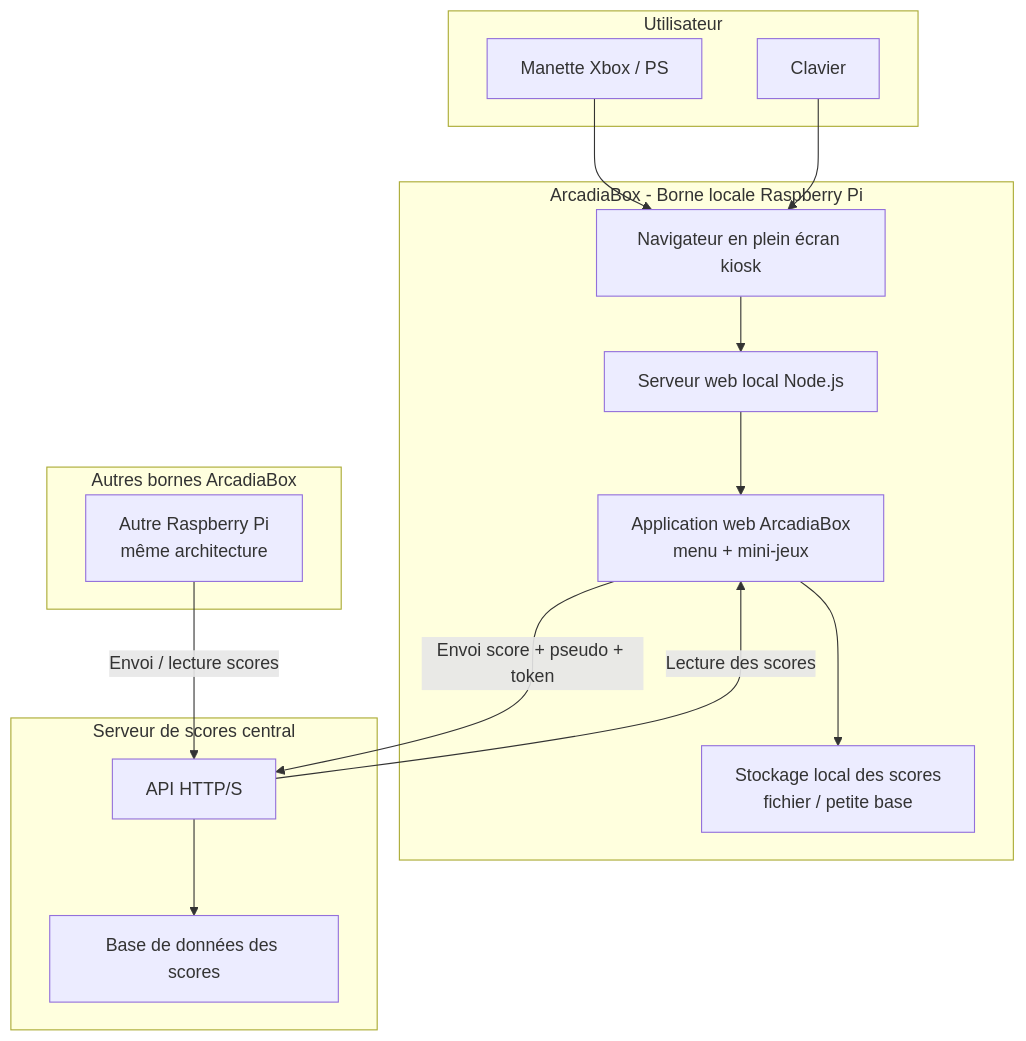
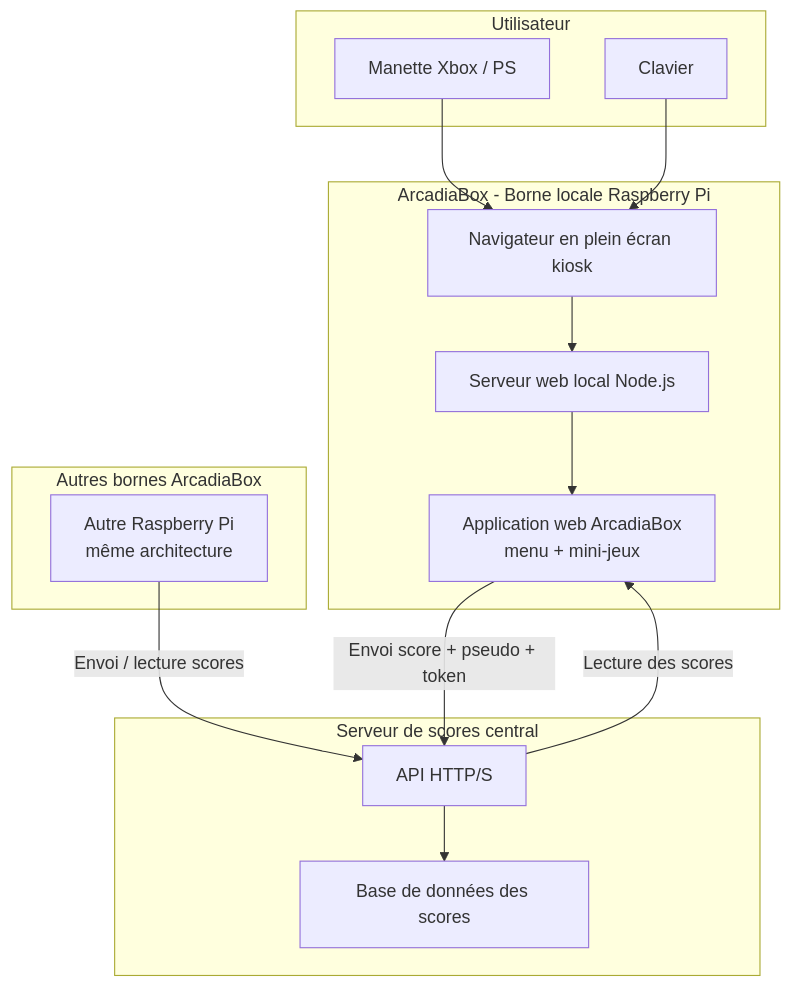
One commit to Z4drus/306-project-groupe-2 changed the first of 2 diagrams in documentation/3_documentation_Projet/Documentation_Projet.md. Above: the diagram before and after it, drawn with Mermaid.

Commit message:
correction du schéma

````diff
--- a/documentation/3_documentation_Projet/Documentation_Projet.md
+++ b/documentation/3_documentation_Projet/Documentation_Projet.md
@@ -270,46 +270,44 @@
 ```mermaid
 graph TD
 
 %% ==== UTILISATEUR ====
 subgraph U[Utilisateur]
   Gamepad[Manette Xbox / PS]
   Keyboard[Clavier]
 end
 
 %% ==== BORNE ARCADIABOX (RASPBERRY) ====
 subgraph Borne[ArcadiaBox - Borne locale Raspberry Pi]
   Browser[Navigateur en plein écran kiosk]
   LocalServer[Serveur web local Node.js]
   App[Application web ArcadiaBox<br/>menu + mini-jeux]
-  LocalScores[Stockage local des scores<br/>fichier / petite base]
 end
 
 %% ==== SERVEUR EXTERNE ====
 subgraph ScoreServer[Serveur de scores central]
   API[API HTTP/S]
   DB[Base de données des scores]
 end
 
 %% ==== AUTRES BORNES (OPTIONNEL) ====
 subgraph AutresBornes[Autres bornes ArcadiaBox]
   AutreBorne1[Autre Raspberry Pi<br/>même architecture]
 end
 
 %% Flux utilisateur
 Gamepad --> Browser
 Keyboard --> Browser
 
 %% Sur la borne
 Browser --> LocalServer
 LocalServer --> App
-App --> LocalScores
 
 %% Scores en ligne
 App -->|Envoi score + pseudo + token| API
 API --> DB
 API -->|Lecture des scores| App
 
 %% Autres bornes
 AutreBorne1 -->|Envoi / lecture scores| API
 
 ```
````
